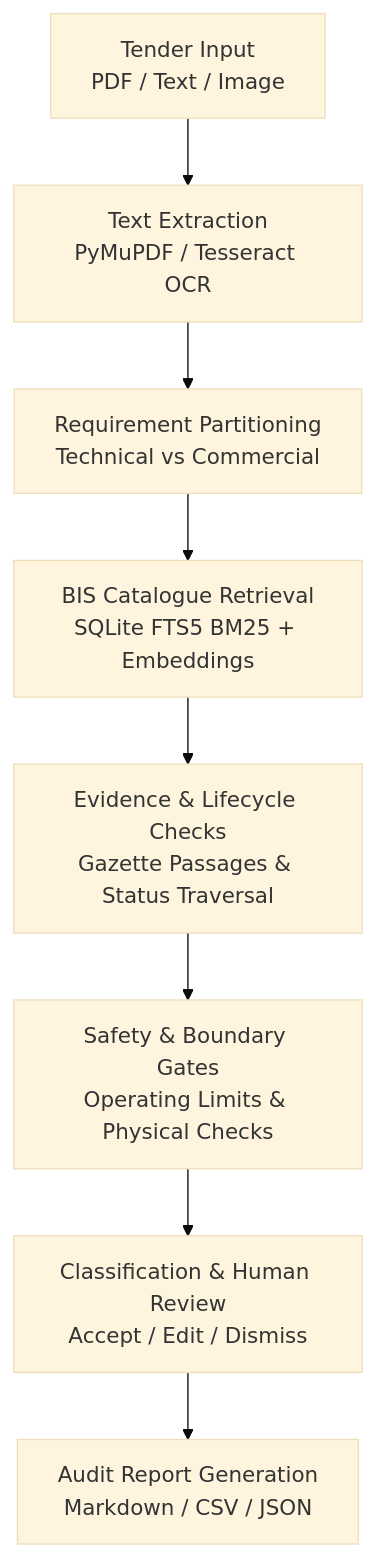
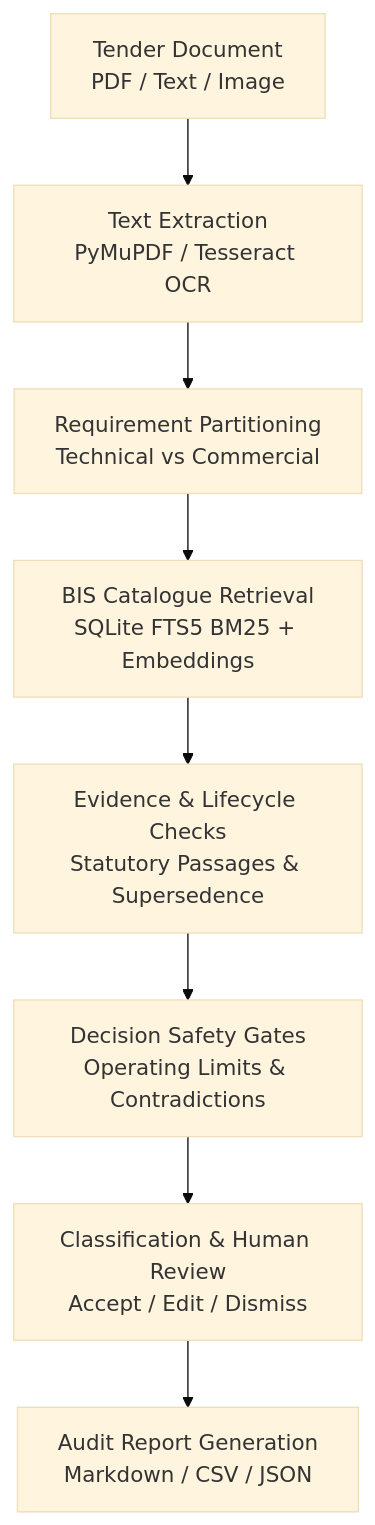
One commit to syed-imadulla/Tender-saathi changed the diagram in README.md. Above: the diagram before and after it, drawn with Mermaid (base theme). The commit also changed other lines of this file, not shown here.

````diff
--- a/README.md
+++ b/README.md
@@ -114,10 +147,10 @@
 ```mermaid
 flowchart TD
-    A[Tender Input<br/>PDF / Text / Image] --> B[Text Extraction<br/>PyMuPDF / Tesseract OCR]
+    A[Tender Document<br/>PDF / Text / Image] --> B[Text Extraction<br/>PyMuPDF / Tesseract OCR]
     B --> C[Requirement Partitioning<br/>Technical vs Commercial]
     C --> D[BIS Catalogue Retrieval<br/>SQLite FTS5 BM25 + Embeddings]
-    D --> E[Evidence & Lifecycle Checks<br/>Gazette Passages & Status Traversal]
-    E --> F[Safety & Boundary Gates<br/>Operating Limits & Physical Checks]
+    D --> E[Evidence & Lifecycle Checks<br/>Statutory Passages & Supersedence]
+    E --> F[Decision Safety Gates<br/>Operating Limits & Contradictions]
     F --> G[Classification & Human Review<br/>Accept / Edit / Dismiss]
     G --> H[Audit Report Generation<br/>Markdown / CSV / JSON]
 ```
````
